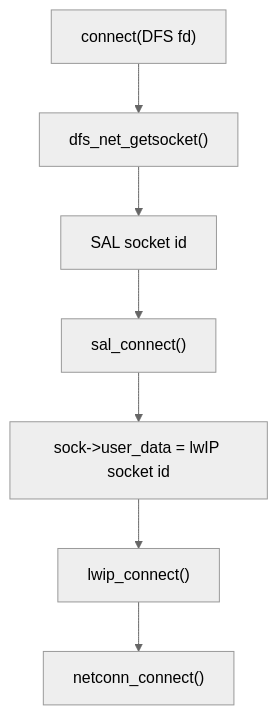
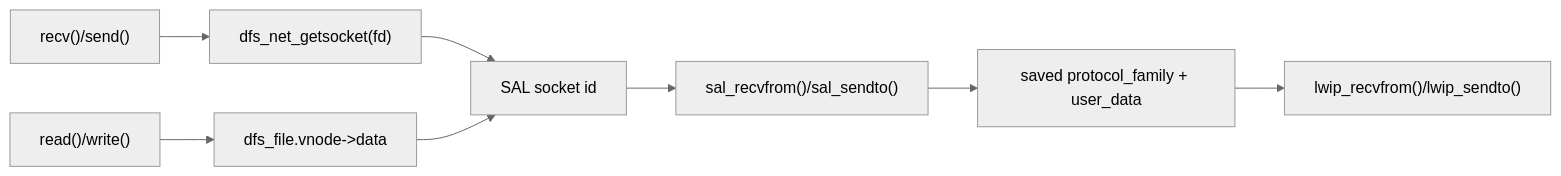
The third of 5 diagrams in docs/40-rtthread-socket-sal-lwip.md (wdfk-prog/lwIP-Source-Lab), drawn with Mermaid (neutral theme) before and after one commit. The commit also changed other lines of this file and 49 other files, not shown here.

````diff
--- a/docs/40-rtthread-socket-sal-lwip.md
+++ b/docs/40-rtthread-socket-sal-lwip.md
@@ -214,9 +846,10 @@
 ```mermaid
-flowchart TD
-    A["connect(DFS fd)"] --> B["dfs_net_getsocket()"]
-    B --> C["SAL socket id"]
-    C --> D["sal_connect()"]
-    D --> E["sock->user_data = lwIP socket id"]
-    E --> F["lwip_connect()"]
-    F --> G["netconn_connect()"]
+flowchart LR
+    A["recv()/send()"] --> B["dfs_net_getsocket(fd)"]
+    C["read()/write()"] --> D["dfs_file.vnode->data"]
+    B --> E["SAL socket id"]
+    D --> E
+    E --> F["sal_recvfrom()/sal_sendto()"]
+    F --> G["saved protocol_family + user_data"]
+    G --> H["lwip_recvfrom()/lwip_sendto()"]
 ```
````
